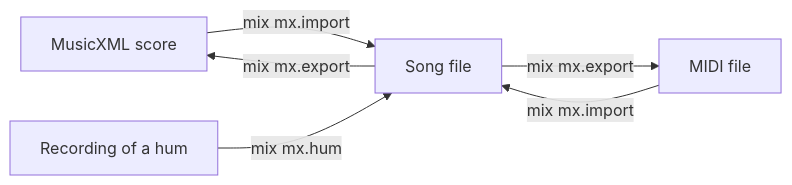
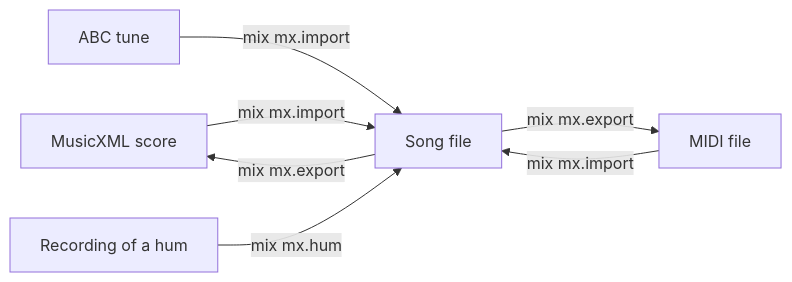
One commit to mx-music/mx changed the diagram in documentation/scores.md. Above: the diagram before and after it, drawn with Mermaid. The commit also changed other lines of this file and 4 other files, not shown here.

Commit message:
Import ABC tunes

````diff
--- a/documentation/scores.md
+++ b/documentation/scores.md
@@ -7,13 +7,15 @@
 ```mermaid
 graph LR
   score["MusicXML score"]
   midi["MIDI file"]
+  abc["ABC tune"]
   hum["Recording of a hum"]
   song["Song file"]
 
   score -->|mix mx.import| song
   song -->|mix mx.export| score
   midi -->|mix mx.import| song
+  abc -->|mix mx.import| song
   song -->|mix mx.export| midi
   hum -->|mix mx.hum| song
 ```
````
